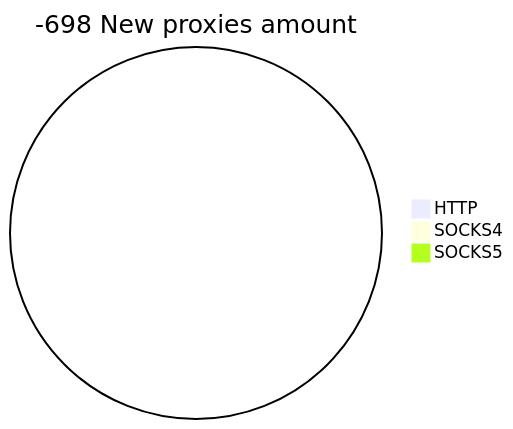
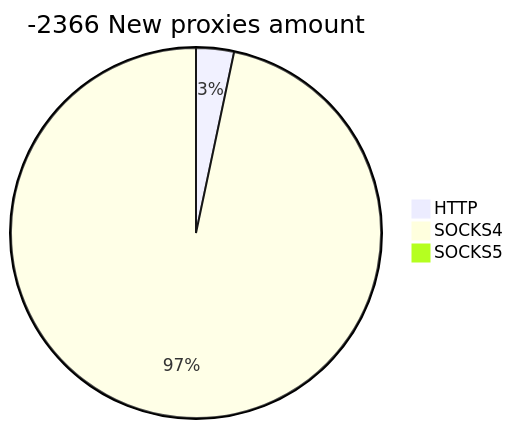
Before and after one commit to cutipu/proxylist: the second of 2 diagrams in README.md, drawn with Mermaid. The commit also changed other lines of this file, not shown here.

````diff
--- a/README.md
+++ b/README.md
@@ -10,6 +10,6 @@
 ```mermaid
-pie title -698 New proxies amount
-    "HTTP" : 0
-    "SOCKS4" : 0
+pie title -2366 New proxies amount
+    "HTTP" : 23
+    "SOCKS4" : 673
     "SOCKS5" : 0
 ```
````
